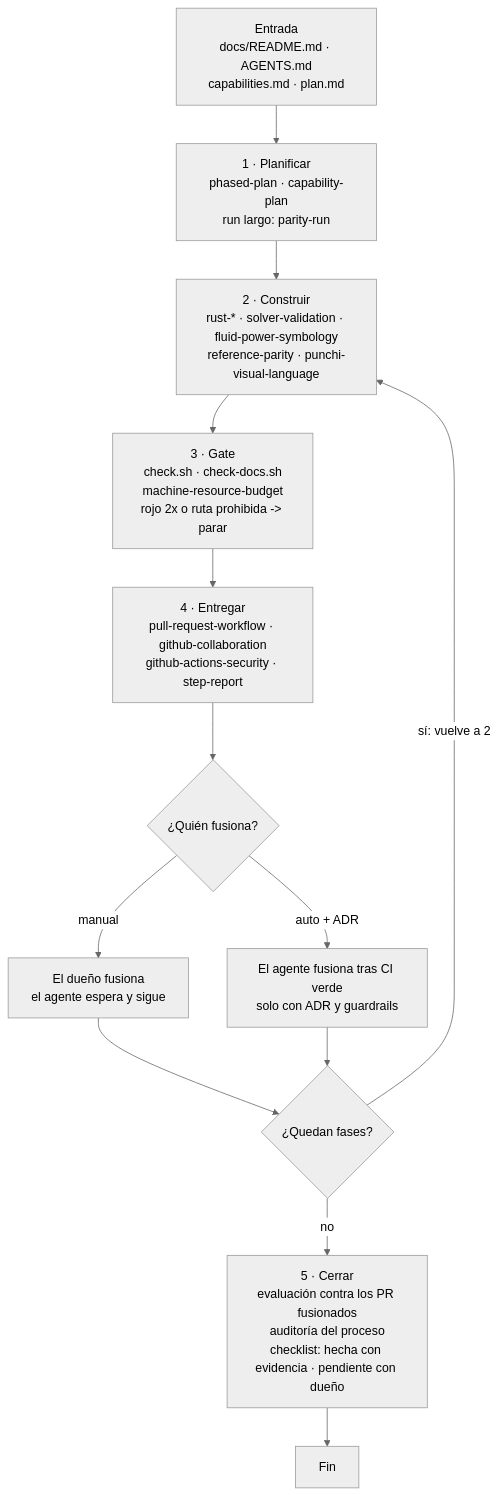
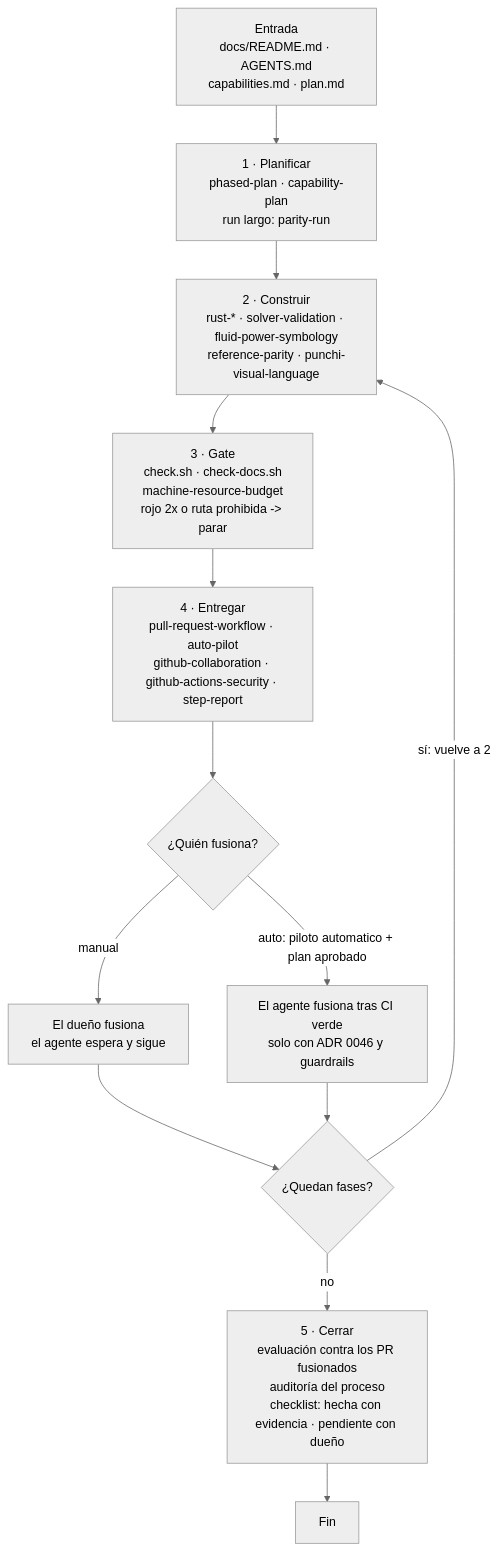
The diagram in .agents/skills/README.md (PunchiSoft/punchiFluidLab), drawn with Mermaid (neutral theme) before and after one commit. The commit also changed other lines of this file and 10 other files, not shown here.

First line of the commit message:
docs(workflow): add the plan gate and the automatic pilot (#294)

````diff
--- a/.agents/skills/README.md
+++ b/.agents/skills/README.md
@@ -97,15 +98,15 @@
 ```mermaid
 flowchart TD
     E["Entrada<br/>docs/README.md · AGENTS.md<br/>capabilities.md · plan.md"] --> P["1 · Planificar<br/>phased-plan · capability-plan<br/>run largo: parity-run"]
     P --> B["2 · Construir<br/>rust-* · solver-validation · fluid-power-symbology<br/>reference-parity · punchi-visual-language"]
     B --> G["3 · Gate<br/>check.sh · check-docs.sh<br/>machine-resource-budget<br/>rojo 2x o ruta prohibida -> parar"]
-    G --> R["4 · Entregar<br/>pull-request-workflow · github-collaboration<br/>github-actions-security · step-report"]
+    G --> R["4 · Entregar<br/>pull-request-workflow · auto-pilot<br/>github-collaboration · github-actions-security · step-report"]
     R --> M{"¿Quién fusiona?"}
     M -->|manual| O["El dueño fusiona<br/>el agente espera y sigue"]
-    M -->|"auto + ADR"| A["El agente fusiona tras CI verde<br/>solo con ADR y guardrails"]
+    M -->|"auto: piloto automatico + plan aprobado"| A["El agente fusiona tras CI verde<br/>solo con ADR 0046 y guardrails"]
     O --> Q{"¿Quedan fases?"}
     A --> Q
     Q -->|"sí: vuelve a 2"| B
     Q -->|no| C["5 · Cerrar<br/>evaluación contra los PR fusionados<br/>auditoría del proceso<br/>checklist: hecha con evidencia · pendiente con dueño"]
     C --> F["Fin"]
 ```
````
